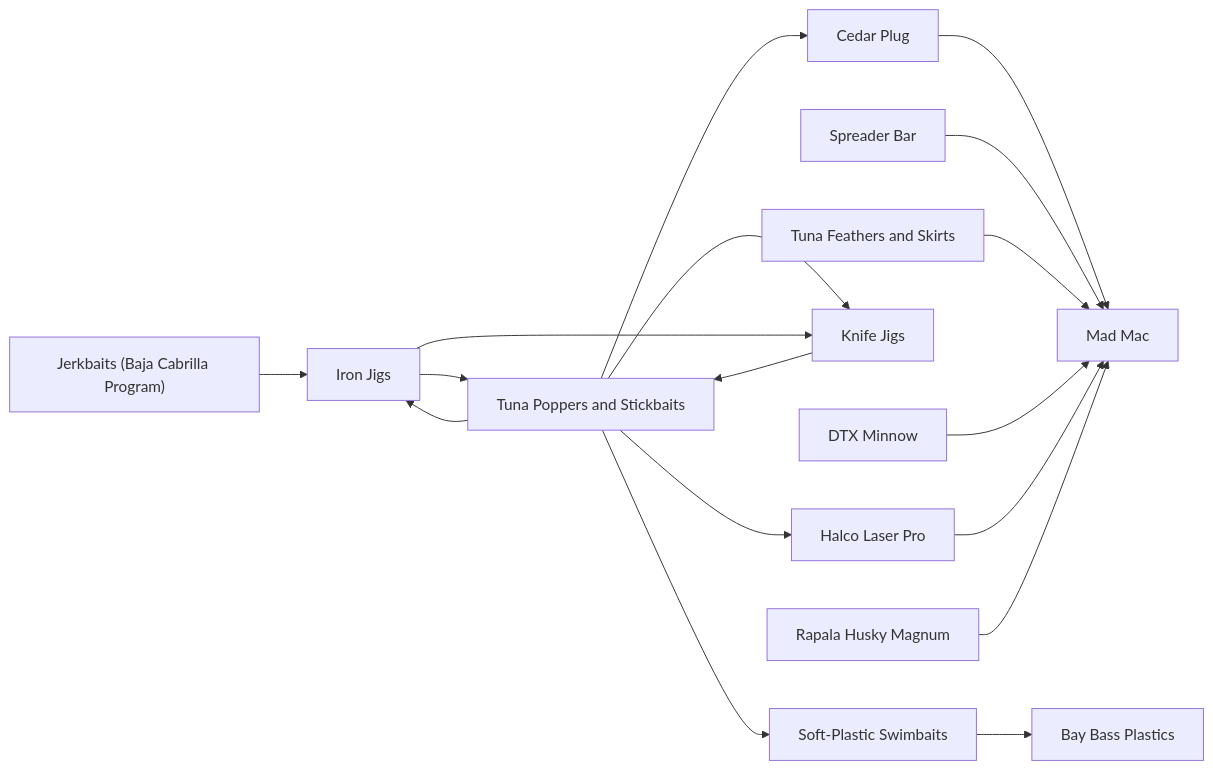
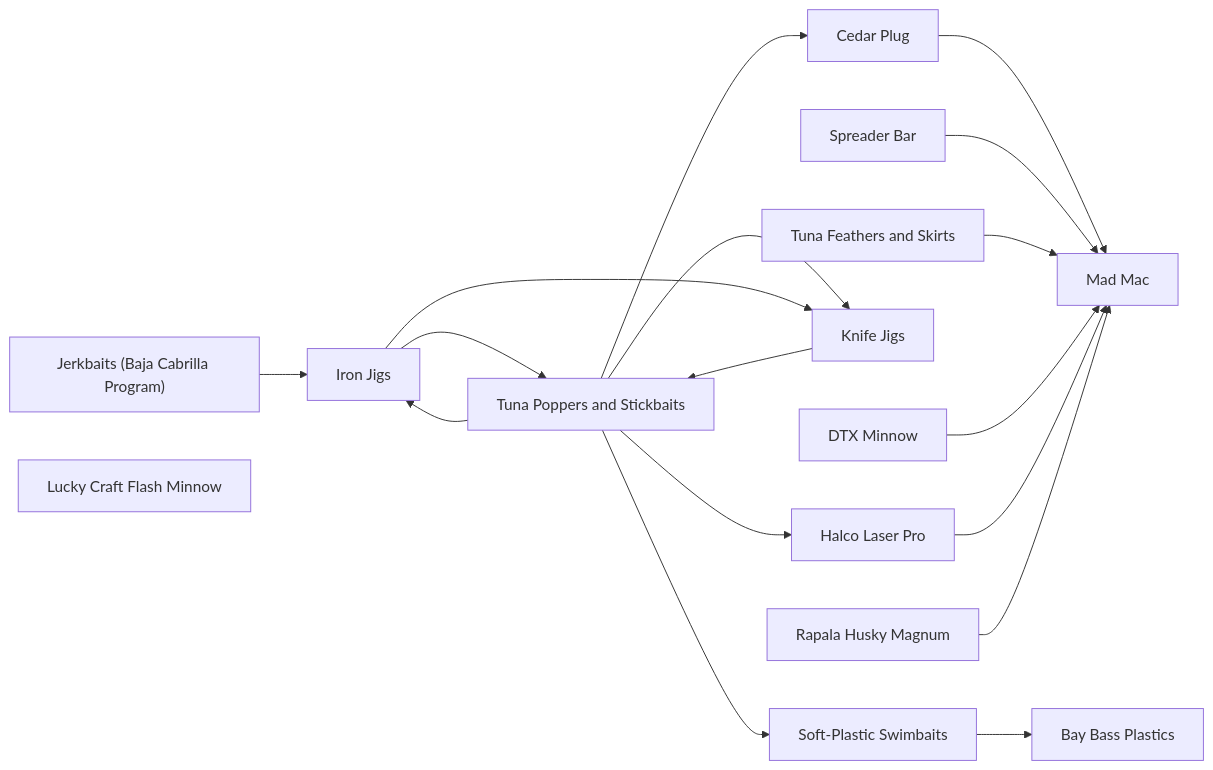
The diagram in lures/README.md (camchuckpete-max/Socal-Fishing-Knowledge), drawn with Mermaid before and after one commit. The commit also changed other lines of this file and 4 other files, not shown here.

````diff
--- a/lures/README.md
+++ b/lures/README.md
@@ -26,32 +27,33 @@
 ```mermaid
 graph LR
   n0["Bay Bass Plastics"]
   n1["Cedar Plug"]
   n2["DTX Minnow"]
   n3["Halco Laser Pro"]
   n4["Iron Jigs"]
   n5["Jerkbaits (Baja Cabrilla Program)"]
   n6["Knife Jigs"]
-  n7["Mad Mac"]
-  n8["Rapala Husky Magnum"]
-  n9["Soft-Plastic Swimbaits"]
-  n10["Spreader Bar"]
-  n11["Tuna Feathers and Skirts"]
-  n12["Tuna Poppers and Stickbaits"]
-  n1 --> n7
-  n10 --> n7
-  n11 --> n7
-  n12 --> n1
-  n12 --> n3
-  n12 --> n4
-  n12 --> n6
-  n12 --> n9
-  n2 --> n7
-  n3 --> n7
-  n4 --> n12
+  n7["Lucky Craft Flash Minnow"]
+  n8["Mad Mac"]
+  n9["Rapala Husky Magnum"]
+  n10["Soft-Plastic Swimbaits"]
+  n11["Spreader Bar"]
+  n12["Tuna Feathers and Skirts"]
+  n13["Tuna Poppers and Stickbaits"]
+  n1 --> n8
+  n10 --> n0
+  n11 --> n8
+  n12 --> n8
+  n13 --> n1
+  n13 --> n10
+  n13 --> n3
+  n13 --> n4
+  n13 --> n6
+  n2 --> n8
+  n3 --> n8
+  n4 --> n13
   n4 --> n6
   n5 --> n4
-  n6 --> n12
-  n8 --> n7
-  n9 --> n0
+  n6 --> n13
+  n9 --> n8
 ```
````
